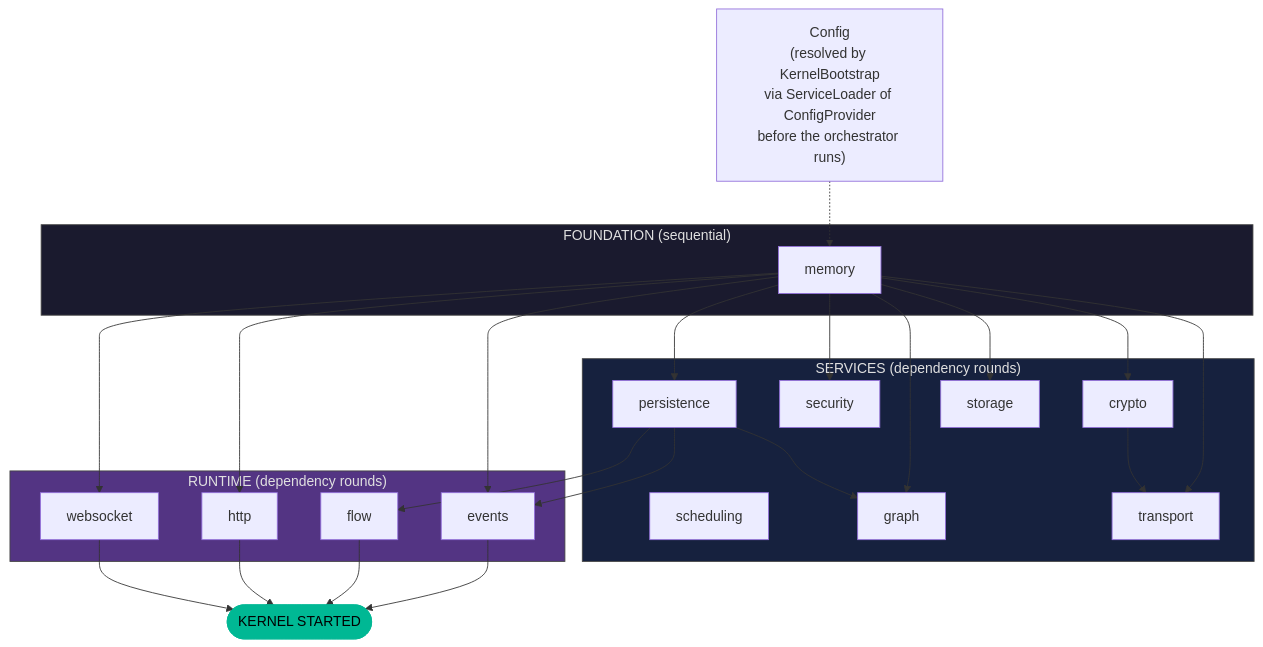
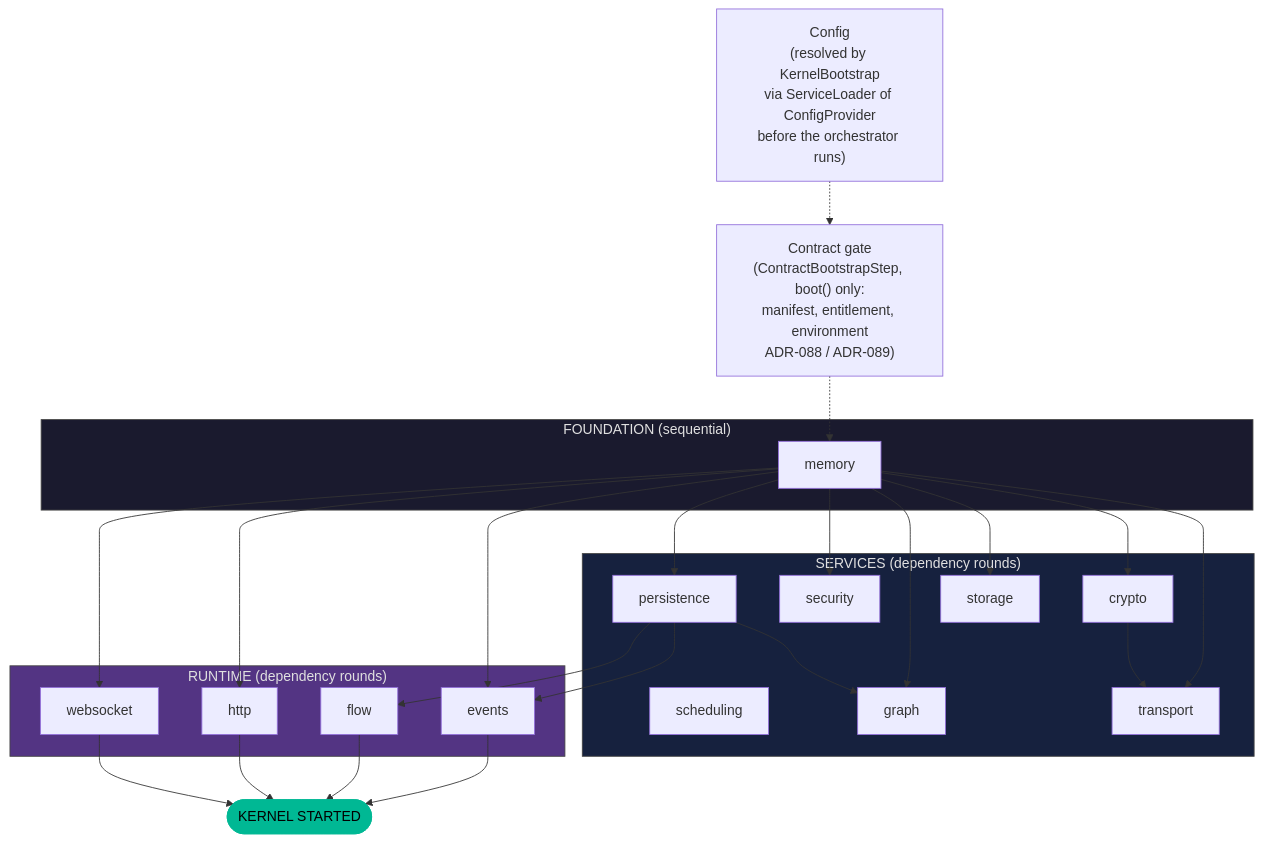
Before and after one commit to exeris-systems/exeris-kernel: the first of 4 diagrams in docs/subsystems/bootstrap.md, drawn with Mermaid. The commit also changed other lines of this file and 39 other files, not shown here.

````diff
--- a/docs/subsystems/bootstrap.md
+++ b/docs/subsystems/bootstrap.md
@@ -87,39 +90,41 @@
 ```mermaid
 flowchart TD
     CFG["Config<br/>(resolved by KernelBootstrap<br/>via ServiceLoader of ConfigProvider<br/>before the orchestrator runs)"]
+    LIC["Contract gate<br/>(ContractBootstrapStep, boot() only:<br/>manifest, entitlement, environment<br/>ADR-088 / ADR-089)"]
 
     subgraph FOUNDATION["FOUNDATION (sequential)"]
         MEM[memory]
     end
 
     subgraph SERVICES["SERVICES (dependency rounds)"]
         CRP[crypto]
         SEC[security]
         PER[persistence]
         SCH[scheduling]
         STO[storage]
         GRP[graph]
         TRP[transport]
     end
 
     subgraph RUNTIME["RUNTIME (dependency rounds)"]
         EVT[events]
         FLW[flow]
         HTTP[http]
         WS[websocket]
     end
 
-    CFG -.-> MEM
+    CFG -.-> LIC
+    LIC -.-> MEM
     MEM --> CRP & SEC & PER & STO & GRP & TRP
     CRP --> TRP
     PER --> GRP
     MEM --> EVT & HTTP & WS
     PER --> EVT & FLW
 
     EVT & FLW & HTTP & WS --> RDY([KERNEL STARTED])
 
     style FOUNDATION fill:#1a1a2e,color:#e0e0e0,stroke:#444
     style SERVICES fill:#16213e,color:#e0e0e0,stroke:#444
     style RUNTIME fill:#533483,color:#e0e0e0,stroke:#444
     style RDY fill:#00b894,color:#000,stroke:#00b894
 ```
````
